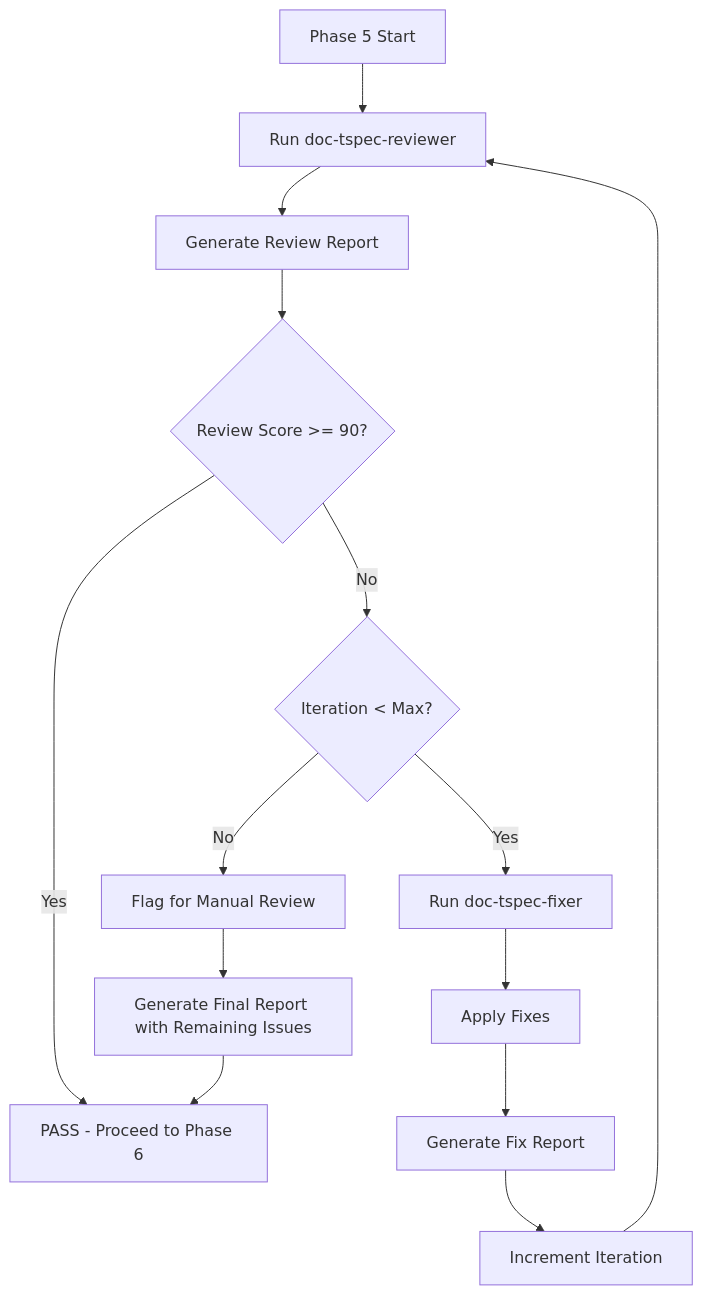
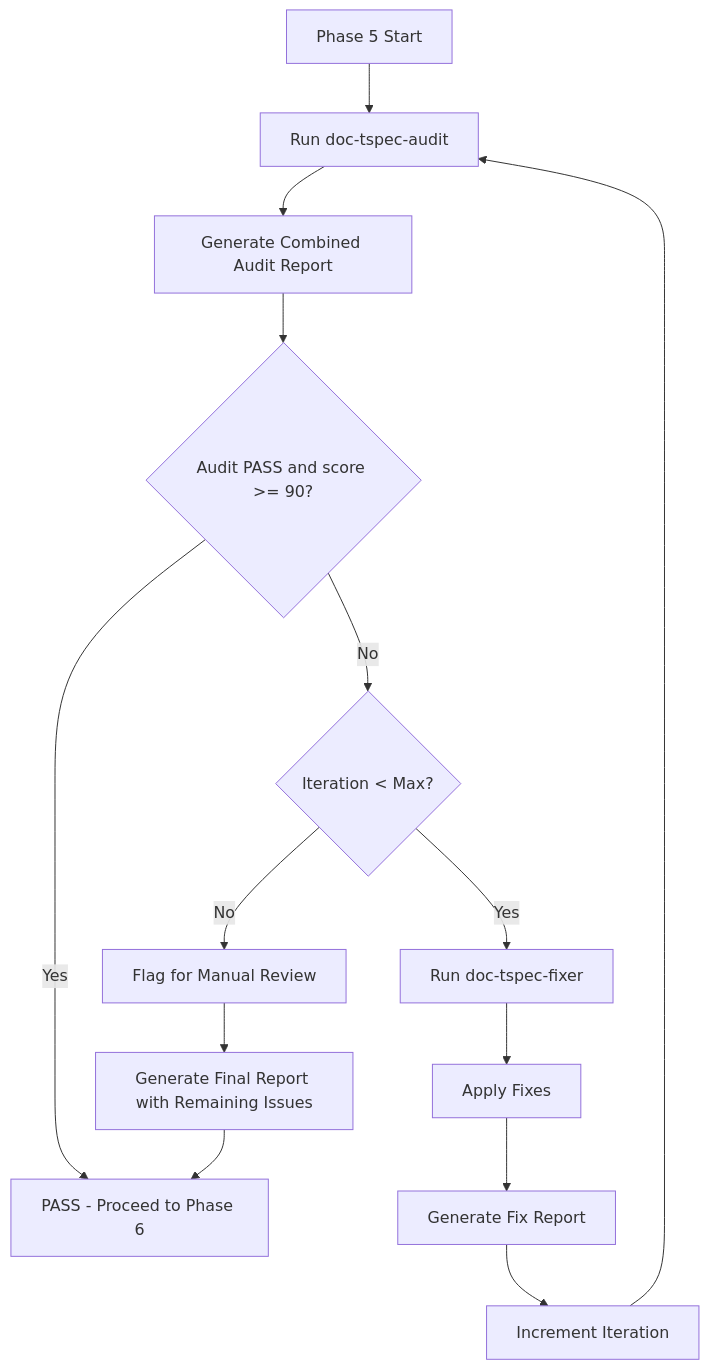
The second of 4 diagrams in .claude/skills/doc-tspec-autopilot/SKILL.md (vladm3105/aidoc-flow-framework), drawn with Mermaid before and after one commit. The commit also changed other lines of this file and 6 other files, not shown here.

Commit message:
feat(tspec): execute IPLAN-017 parity and add audit wrapper

````diff
--- a/.claude/skills/doc-tspec-autopilot/SKILL.md
+++ b/.claude/skills/doc-tspec-autopilot/SKILL.md
@@ -240,19 +244,19 @@
 ```mermaid
 flowchart TD
-    A[Phase 5 Start] --> B[Run doc-tspec-reviewer]
-    B --> C[Generate Review Report]
-    C --> D{Review Score >= 90?}
+  A[Phase 5 Start] --> B[Run doc-tspec-audit]
+  B --> C[Generate Combined Audit Report]
+  C --> D{Audit PASS and score >= 90?}
 
     D -->|Yes| E[PASS - Proceed to Phase 6]
     D -->|No| F{Iteration < Max?}
 
     F -->|Yes| G[Run doc-tspec-fixer]
     G --> H[Apply Fixes]
     H --> I[Generate Fix Report]
     I --> J[Increment Iteration]
     J --> B
 
     F -->|No| K[Flag for Manual Review]
     K --> L[Generate Final Report with Remaining Issues]
     L --> E
 ```
````
